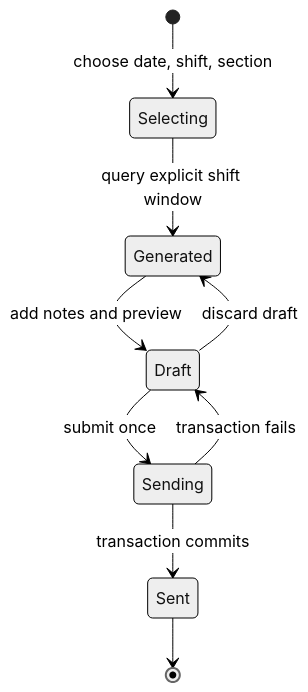
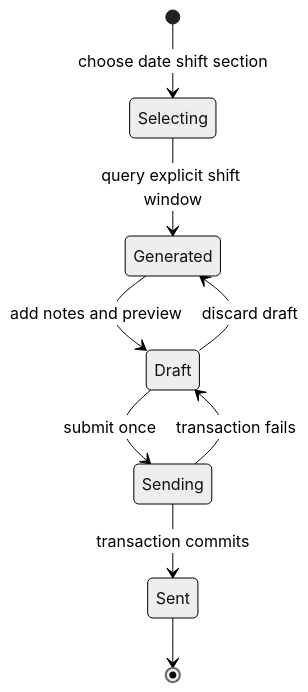
One commit to 4sy8zwp9hz-netizen/manufacturing-software-portfolio changed the third of 3 diagrams in case-studies/LEAN_DIGITAL_OPERATIONS.md. Above: the diagram before and after it, drawn with Mermaid (neutral theme). The commit also changed other lines of this file and 6 other files, not shown here.

````diff
--- a/case-studies/LEAN_DIGITAL_OPERATIONS.md
+++ b/case-studies/LEAN_DIGITAL_OPERATIONS.md
@@ -79,11 +51,11 @@
 ```mermaid
 stateDiagram-v2
-    [*] --> Selecting: choose date, shift, section
+    [*] --> Selecting: choose date shift section
     Selecting --> Generated: query explicit shift window
     Generated --> Draft: add notes and preview
     Draft --> Generated: discard draft
     Draft --> Sending: submit once
     Sending --> Sent: transaction commits
     Sending --> Draft: transaction fails
     Sent --> [*]
 ```
````
